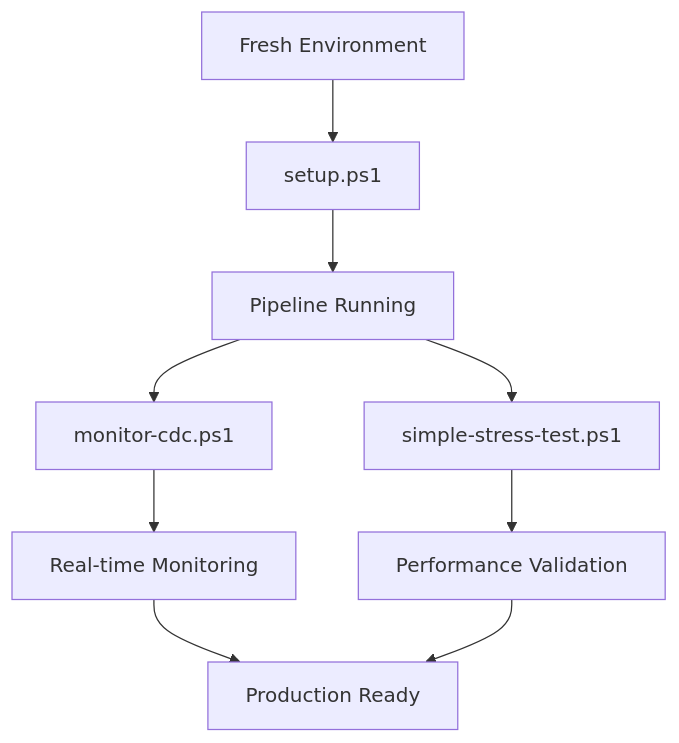
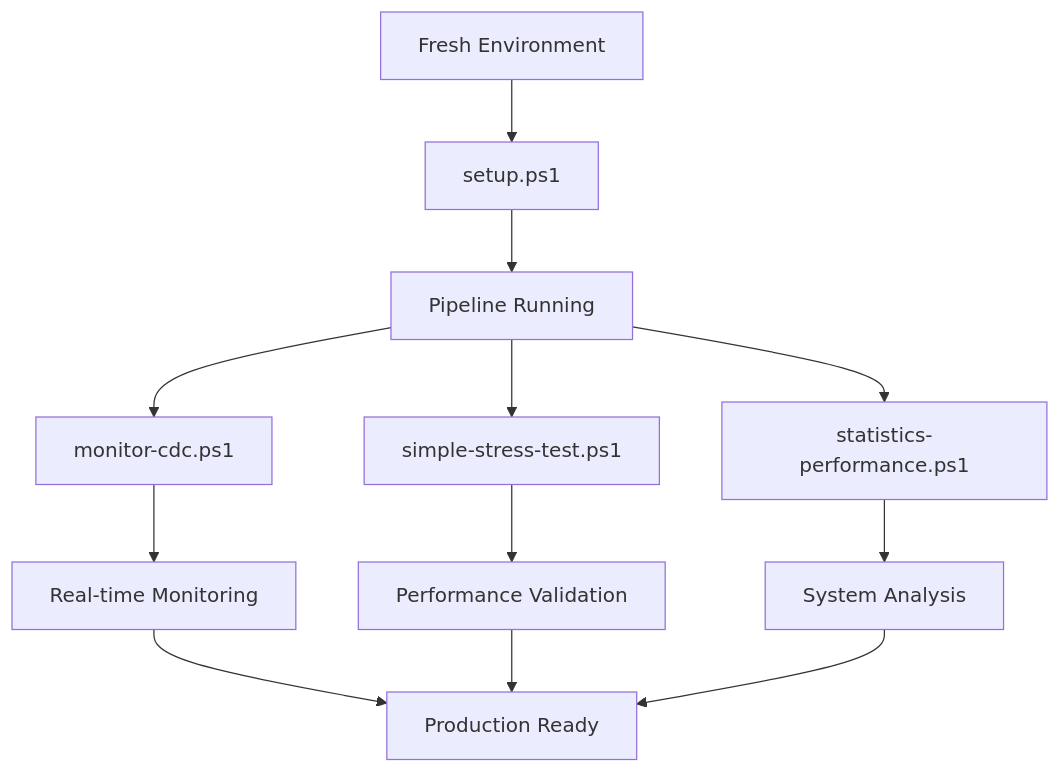
Before and after one commit to Julio-analyst/cdc-psql-clickhouse: the diagram in docs/SCRIPT-UTILITIES.md, drawn with Mermaid. The commit also changed other lines of this file and 5 other files, not shown here.

First line of the commit message:
feat: Add comprehensive performance monitoring system

````diff
--- a/docs/SCRIPT-UTILITIES.md
+++ b/docs/SCRIPT-UTILITIES.md
@@ -113,11 +197,14 @@
 ```mermaid
 graph TD
     A[Fresh Environment] --> B[setup.ps1]
     B --> C[Pipeline Running]
     C --> D[monitor-cdc.ps1]
     C --> E[simple-stress-test.ps1]
-    D --> F[Real-time Monitoring]
-    E --> G[Performance Validation]
-    F --> H[Production Ready]
-    G --> H
+    C --> F[statistics-performance.ps1]
+    D --> G[Real-time Monitoring]
+    E --> H[Performance Validation]
+    F --> I[System Analysis]
+    G --> J[Production Ready]
+    H --> J
+    I --> J
 ```
````
